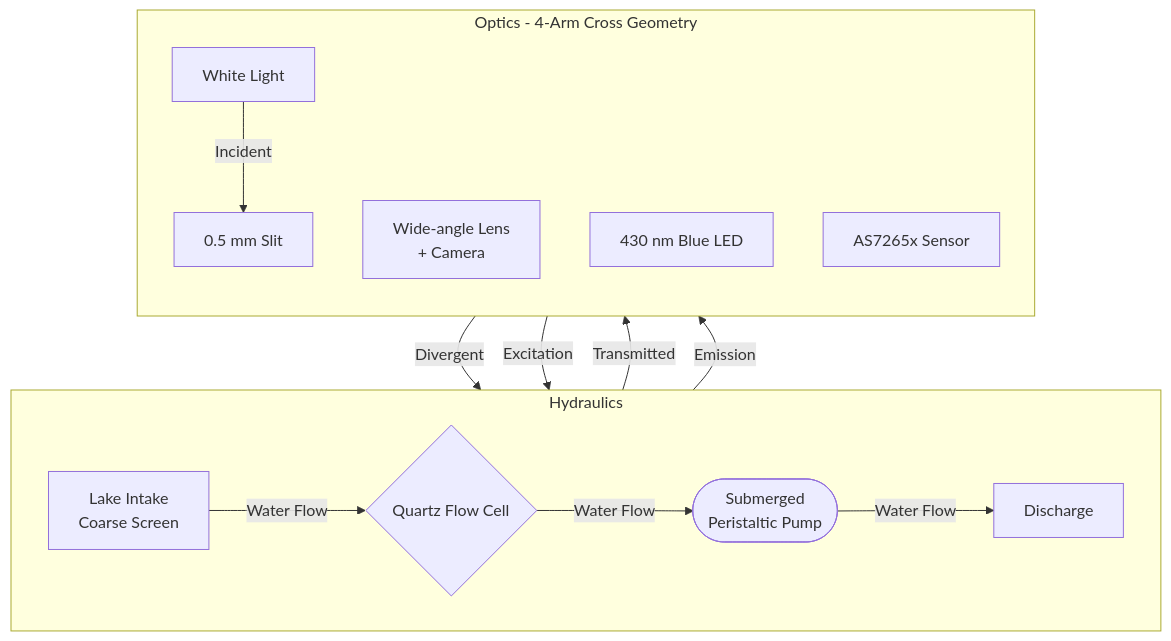
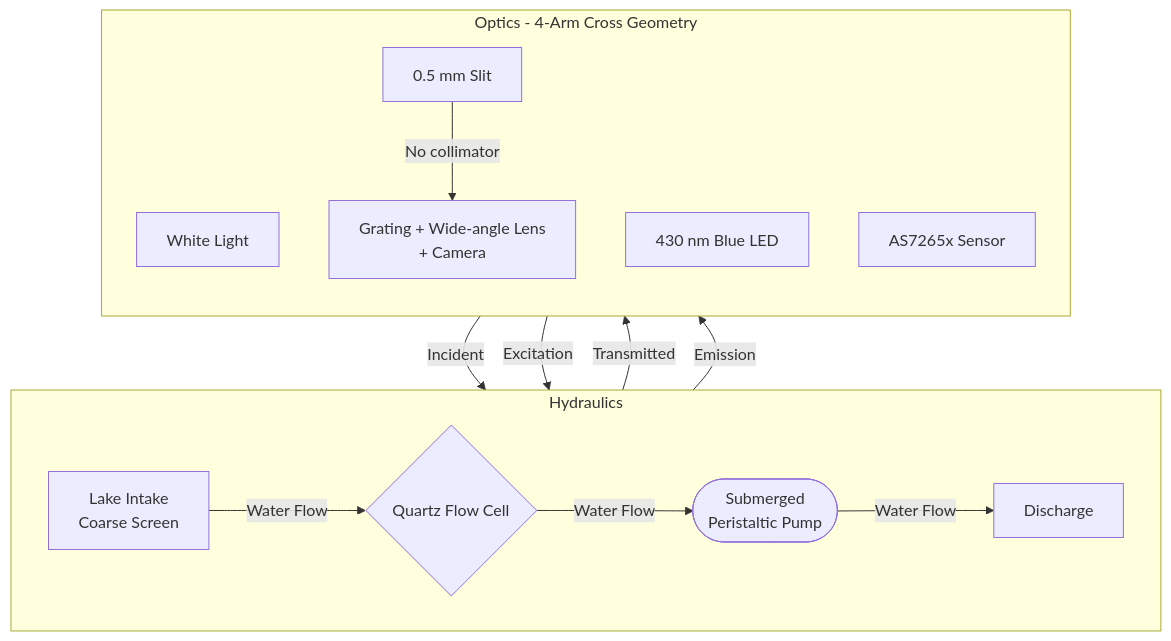
Before and after one commit to alexmanuel27/Cruz_prototipe: the diagram in README.md, drawn with Mermaid. The commit also changed other lines of this file and 64 other files, not shown here.

````diff
--- a/README.md
+++ b/README.md
@@ -20,21 +23,21 @@
 ```mermaid
 flowchart TD
     subgraph Hydraulics
         direction LR
         Intake[Lake Intake<br/>Coarse Screen] -->|Water Flow| Cell{Quartz Flow Cell}
         Cell -->|Water Flow| Pump([Submerged<br/>Peristaltic Pump])
         Pump -->|Water Flow| Discharge[Discharge]
     end
 
     subgraph Optics [Optics - 4-Arm Cross Geometry]
         direction TB
         %% Transmission Axis
-        WL[White Light] -->|Incident| Slit[0.5 mm Slit]
-        Slit -->|Divergent| Cell
-        Cell -->|Transmitted| Cam[Wide-angle Lens<br/>+ Camera]
+        WL[White Light] -->|Incident| Cell
+        Cell -->|Transmitted| Slit[0.5 mm Slit]
+        Slit -->|No collimator| Cam[Grating + Wide-angle Lens<br/>+ Camera]
         
         %% Fluorescence Axis (Perpendicular)
         LED[430 nm Blue LED] -->|Excitation| Cell
         Cell -->|Emission| AS[AS7265x Sensor]
     end
 ```
````
